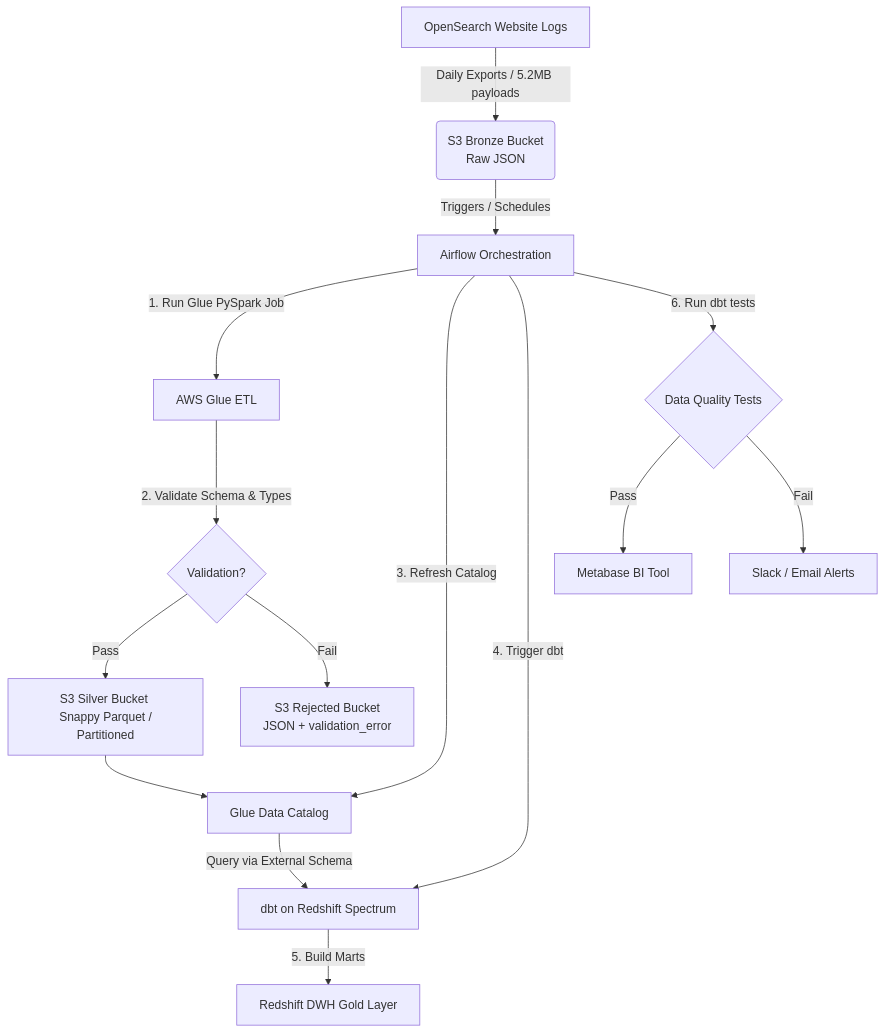
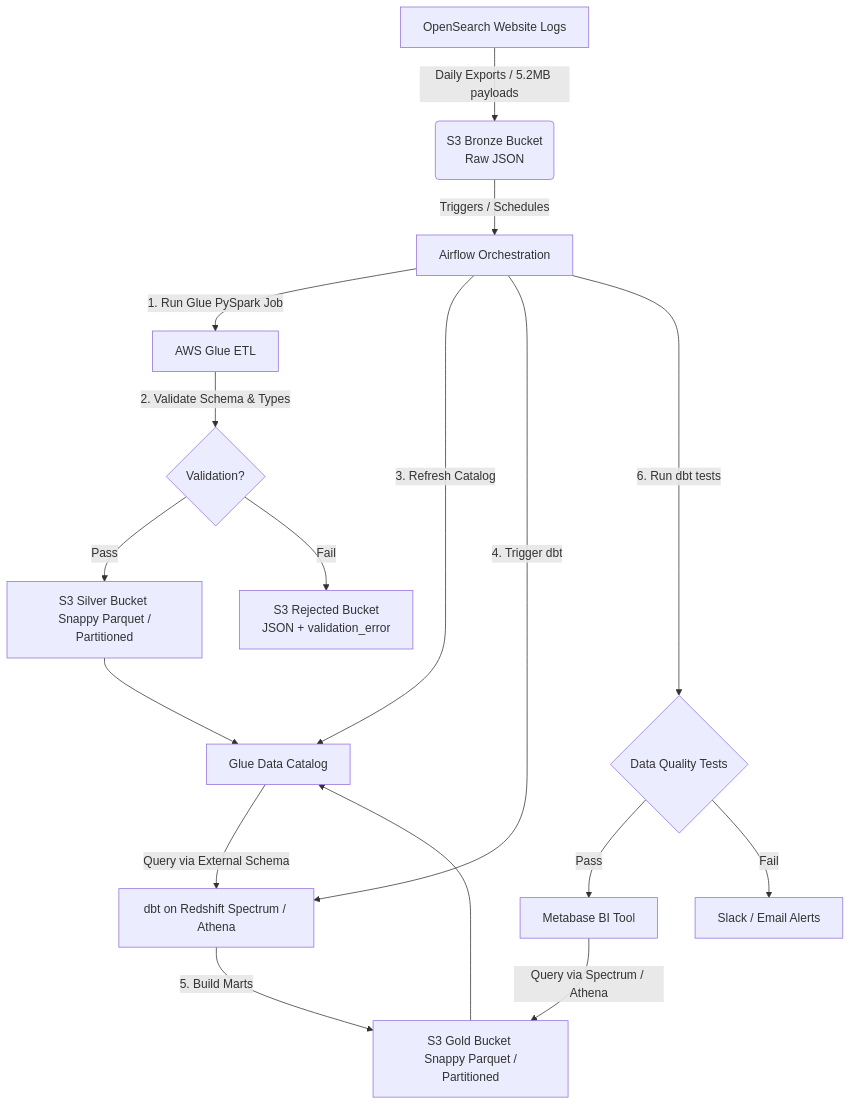
Before and after one commit to npthinks/Studocu_poc: the diagram in README.md, drawn with Mermaid. The commit also changed other lines of this file, not shown here.

Commit message:
Update README to specify that the Gold layer resides in S3 and is queried via Athena/Spectrum

````diff
--- a/README.md
+++ b/README.md
@@ -15,17 +15,19 @@
 ```mermaid
 graph TD
     A[OpenSearch Website Logs] -->|Daily Exports / 5.2MB payloads| B(S3 Bronze Bucket <br> Raw JSON)
     B -->|Triggers / Schedules| C[Airflow Orchestration]
     C -->|1. Run Glue PySpark Job| D[AWS Glue ETL]
     D -->|2. Validate Schema & Types| E{Validation?}
     E -->|Pass| F[S3 Silver Bucket <br> Snappy Parquet / Partitioned]
     E -->|Fail| G[S3 Rejected Bucket <br> JSON + validation_error]
     C -->|3. Refresh Catalog| H[Glue Data Catalog]
     F --> H
-    C -->|4. Trigger dbt| I[dbt on Redshift Spectrum]
+    C -->|4. Trigger dbt| I[dbt on Redshift Spectrum / Athena]
     H -->|Query via External Schema| I
-    I -->|5. Build Marts| J[Redshift DWH Gold Layer]
+    I -->|5. Build Marts| J[S3 Gold Bucket <br> Snappy Parquet / Partitioned]
+    J --> H
     C -->|6. Run dbt tests| K{Data Quality Tests}
     K -->|Pass| L[Metabase BI Tool]
     K -->|Fail| M[Slack / Email Alerts]
+    L -->|Query via Spectrum / Athena| J
 ```
````
